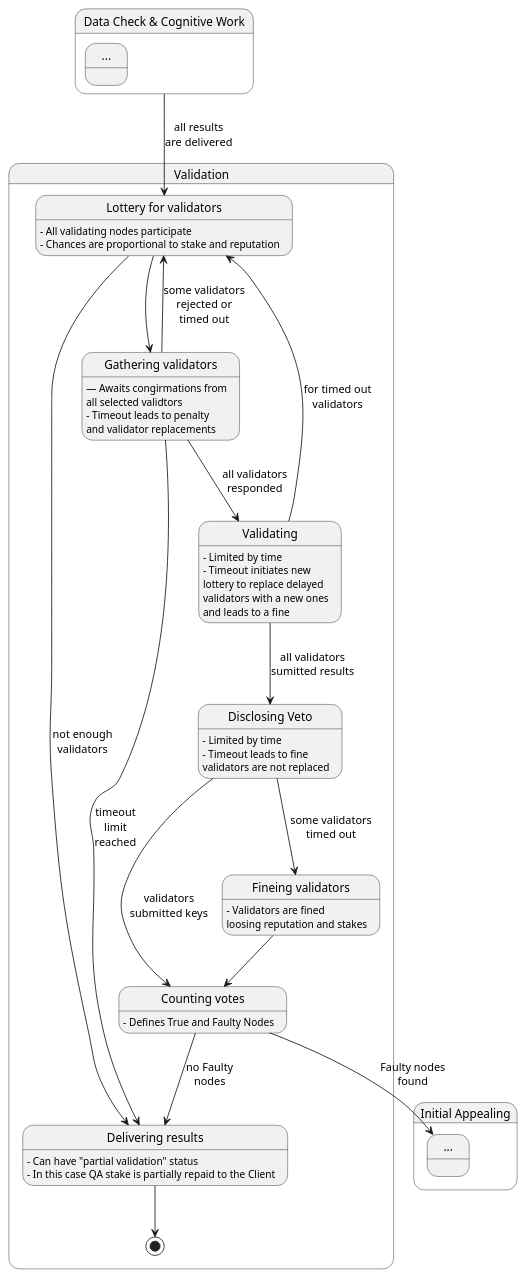
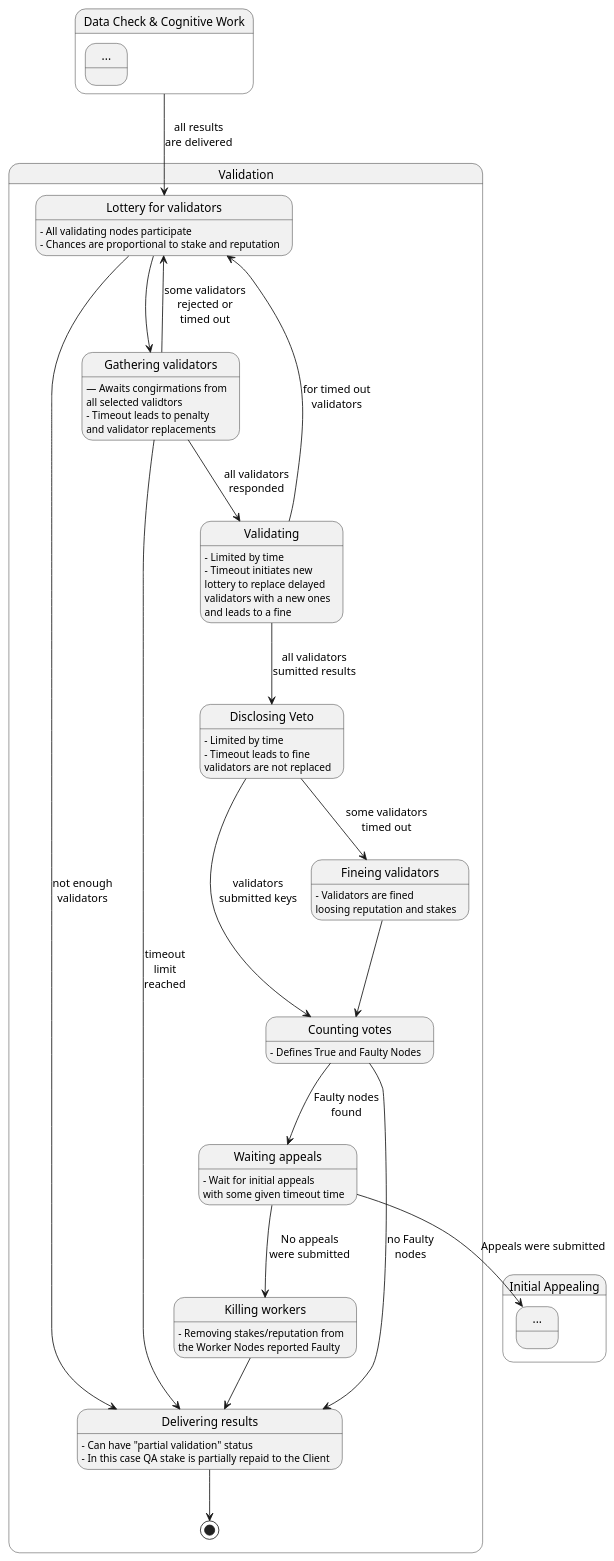
The diagram in state_validation.plantuml (pandoraboxchain/pocw-techspecs), drawn with PlantUML before and after one commit.

```diff
--- a/state_validation.plantuml
+++ b/state_validation.plantuml
@@ -1,61 +1,72 @@
 @startuml
 state "Data Check & Cognitive Work" as cognition {
   state "..." as prev
 }
 
 state "Validation" as validation {
   state "Lottery for validators" as lottery
-  state "Gathering validators" as wait
+  state "Gathering validators" as gathering
   state "Validating" as validating
   state "Disclosing Veto" as disclosing
   state "Counting votes" as counting
   state "Fineing validators" as fineing
+  state "Waiting appeals" as waiting
+  state "Killing workers" as killing
   state "Delivering results" as delivering
 
   lottery: – All validating nodes participate
   lottery: – Chances are proportional to stake and reputation
 
-  wait: — Awaits congirmations from
-  wait:   all selected validtors
-  wait: – Timeout leads to penalty
-  wait:   and validator replacements
+  gathering: — Awaits congirmations from
+  gathering:   all selected validtors
+  gathering: – Timeout leads to penalty
+  gathering:   and validator replacements
 
   delivering: – Can have "partial validation" status
   delivering: – In this case QA stake is partially repaid to the Client
 
   validating: – Limited by time
   validating: – Timeout initiates new
   validating:   lottery to replace delayed
   validating:   validators with a new ones
   validating:   and leads to a fine
 
   disclosing: – Limited by time
   disclosing: – Timeout leads to fine
   disclosing:   validators are not replaced
 
   fineing: – Validators are fined
   fineing:   loosing reputation and stakes
 
   counting: – Defines True and Faulty Nodes
 
+  waiting: – Wait for initial appeals
+  waiting:   with some given timeout time
+  
+  killing: – Removing stakes/reputation from
+  killing:   the Worker Nodes reported Faulty
+
   cognition --> lottery: all results\nare delivered
-  lottery --> wait
+  lottery --> gathering
   lottery --> delivering: not enough\nvalidators
-  wait --> lottery: some validators\nrejected or\ntimed out
-  wait --> validating: all validators\nresponded
-  wait --> delivering: timeout\nlimit\nreached
+  gathering --> lottery: some validators\nrejected or\ntimed out
+  gathering --> validating: all validators\nresponded
+  gathering --> delivering: timeout\nlimit\nreached
   validating --> disclosing: all validators\nsumitted results
   validating --> lottery: for timed out\nvalidators
   disclosing --> counting: validators\nsubmitted keys
   disclosing --> fineing: some validators\ntimed out
   fineing --> counting
   counting --> delivering: no Faulty\nnodes
+  counting --> waiting: Faulty nodes\nfound
+  waiting --> killing: No appeals\nwere submitted
+  killing --> delivering
   delivering --> [*]
 }
 
 state "Initial Appealing" as appealing {
   state "..." as more
 }
 
-counting --> more: Faulty nodes\nfound
+waiting --> more: Appeals were submitted
 @enduml
```
